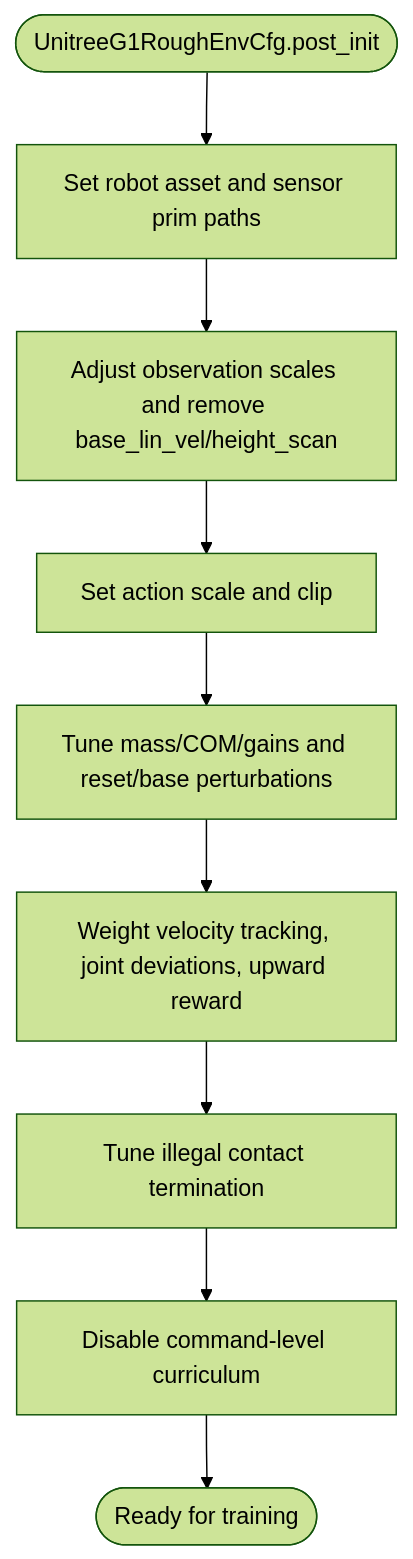
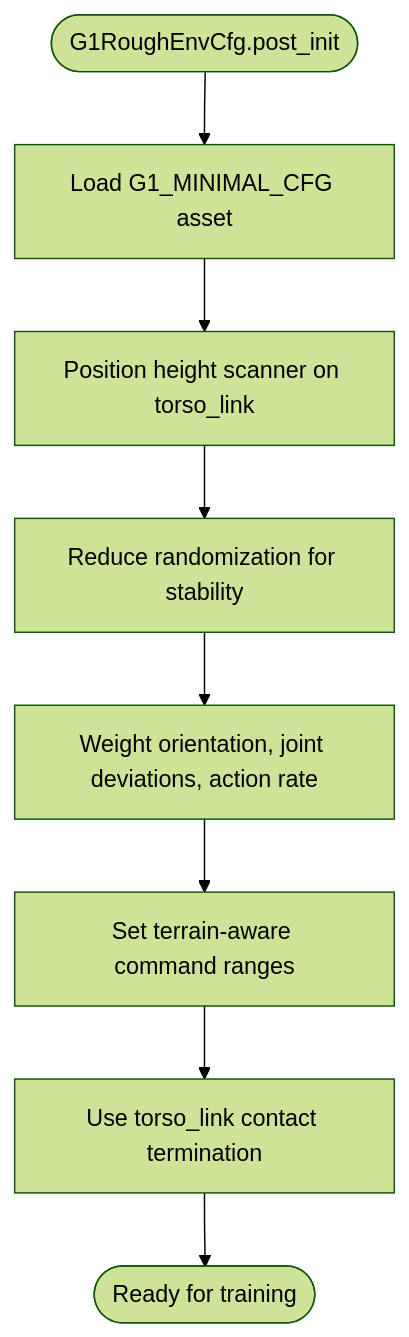
Before and after one commit to jayjayhust/robot_lab: the fourth of 10 diagrams in .qoder/repowiki/en/content/Task Configuration Framework/Task Configuration Framework.md, drawn with Mermaid (forest theme). The commit also changed other lines of this file and 14 other files, not shown here.

````diff
--- a/.qoder/repowiki/en/content/Task Configuration Framework/Task Configuration Framework.md
+++ b/.qoder/repowiki/en/content/Task Configuration Framework/Task Configuration Framework.md
@@ -247,11 +283,10 @@
 ```mermaid
 flowchart TD
-Start(["UnitreeG1RoughEnvCfg.post_init"]) --> Assets["Set robot asset and sensor prim paths"]
-Assets --> Obs["Adjust observation scales and remove base_lin_vel/height_scan"]
-Obs --> Actions["Set action scale and clip"]
-Actions --> Events["Tune mass/COM/gains and reset/base perturbations"]
-Events --> Rewards["Weight velocity tracking, joint deviations, upward reward"]
-Rewards --> Terms["Tune illegal contact termination"]
-Terms --> Curri["Disable command-level curriculum"]
-Curri --> End(["Ready for training"])
+Start(["G1RoughEnvCfg.post_init"]) --> Assets["Load G1_MINIMAL_CFG asset"]
+Assets --> HeightScan["Position height scanner on torso_link"]
+HeightScan --> Randomization["Reduce randomization for stability"]
+Randomization --> Rewards["Weight orientation, joint deviations, action rate"]
+Rewards --> Commands["Set terrain-aware command ranges"]
+Commands --> Termination["Use torso_link contact termination"]
+Termination --> End(["Ready for training"])
 ```
````
